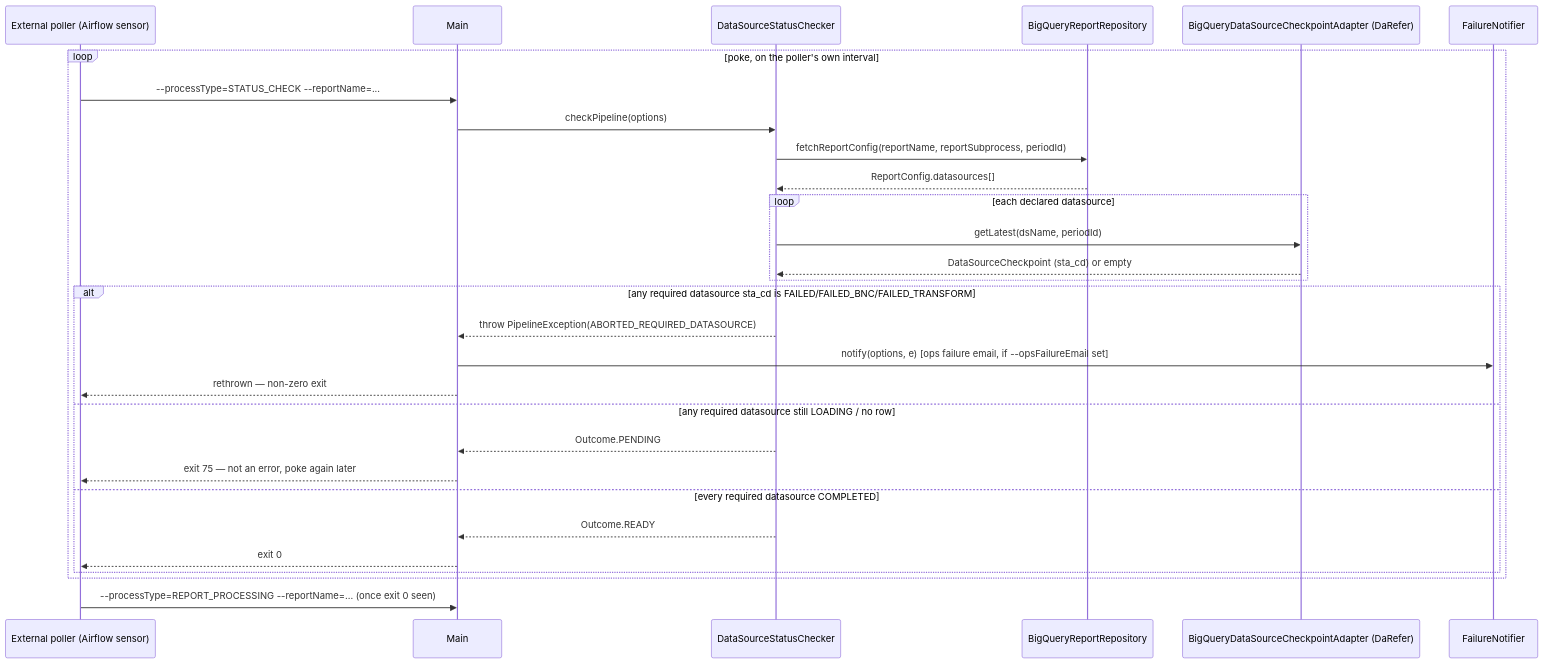
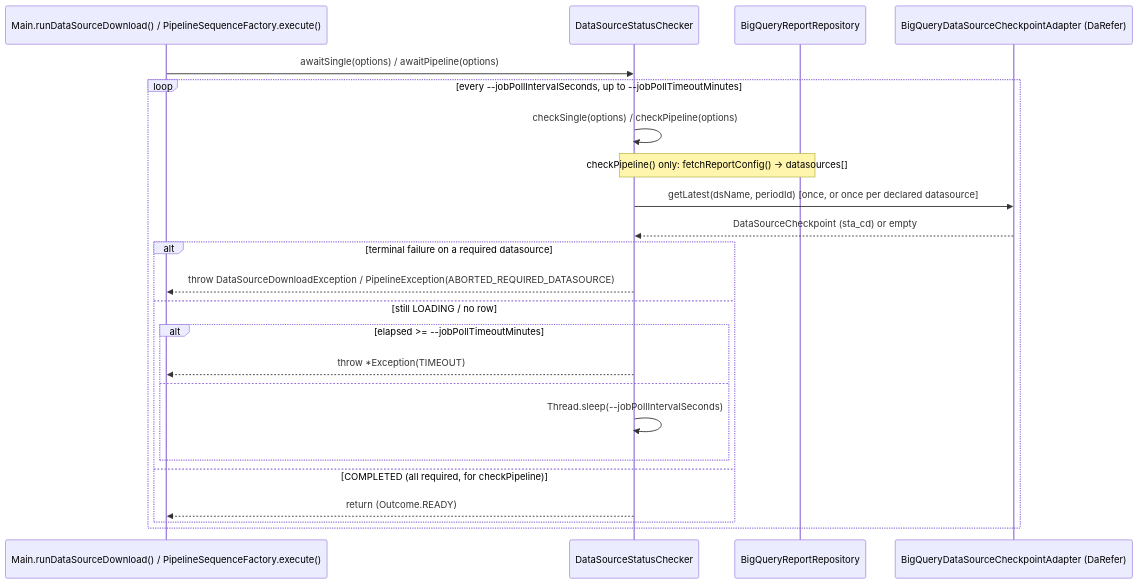
Before and after one commit to tushark-16bit/beam_framework: diagram 16 of 17 in WALKTHROUGH.md, drawn with Mermaid. The commit also changed other lines of this file and 13 other files, not shown here.

````diff
--- a/WALKTHROUGH.md
+++ b/WALKTHROUGH.md
@@ -953,33 +962,26 @@
 ```mermaid
 sequenceDiagram
-    participant Poller as External poller (Airflow sensor)
-    participant Main
+    participant Caller as Main.runDataSourceDownload() / PipelineSequenceFactory.execute()
     participant DSC as DataSourceStatusChecker
     participant RR as BigQueryReportRepository
     participant CKA as BigQueryDataSourceCheckpointAdapter (DaRefer)
-    participant FN as FailureNotifier
 
-    loop poke, on the poller's own interval
-        Poller->>Main: --processType=STATUS_CHECK --reportName=...
-        Main->>DSC: checkPipeline(options)
-        DSC->>RR: fetchReportConfig(reportName, reportSubprocess, periodId)
-        RR-->>DSC: ReportConfig.datasources[]
-        loop each declared datasource
-            DSC->>CKA: getLatest(dsName, periodId)
-            CKA-->>DSC: DataSourceCheckpoint (sta_cd) or empty
-        end
-        alt any required datasource sta_cd is FAILED/FAILED_BNC/FAILED_TRANSFORM
-            DSC-->>Main: throw PipelineException(ABORTED_REQUIRED_DATASOURCE)
-            Main->>FN: notify(options, e)  [ops failure email, if --opsFailureEmail set]
-            Main-->>Poller: rethrown — non-zero exit
-        else any required datasource still LOADING / no row
-            DSC-->>Main: Outcome.PENDING
-            Main-->>Poller: exit 75 — not an error, poke again later
-        else every required datasource COMPLETED
-            DSC-->>Main: Outcome.READY
-            Main-->>Poller: exit 0
+    Caller->>DSC: awaitSingle(options) / awaitPipeline(options)
+    loop every --jobPollIntervalSeconds, up to --jobPollTimeoutMinutes
+        DSC->>DSC: checkSingle(options) / checkPipeline(options)
+        Note over DSC,RR: checkPipeline() only: fetchReportConfig() → datasources[]
+        DSC->>CKA: getLatest(dsName, periodId)  [once, or once per declared datasource]
+        CKA-->>DSC: DataSourceCheckpoint (sta_cd) or empty
+        alt terminal failure on a required datasource
+            DSC-->>Caller: throw DataSourceDownloadException / PipelineException(ABORTED_REQUIRED_DATASOURCE)
+        else still LOADING / no row
+            alt elapsed >= --jobPollTimeoutMinutes
+                DSC-->>Caller: throw *Exception(TIMEOUT)
+            else
+                DSC->>DSC: Thread.sleep(--jobPollIntervalSeconds)
+            end
+        else COMPLETED (all required, for checkPipeline)
+            DSC-->>Caller: return (Outcome.READY)
         end
     end
-
-    Poller->>Main: --processType=REPORT_PROCESSING --reportName=... (once exit 0 seen)
 ```
````
